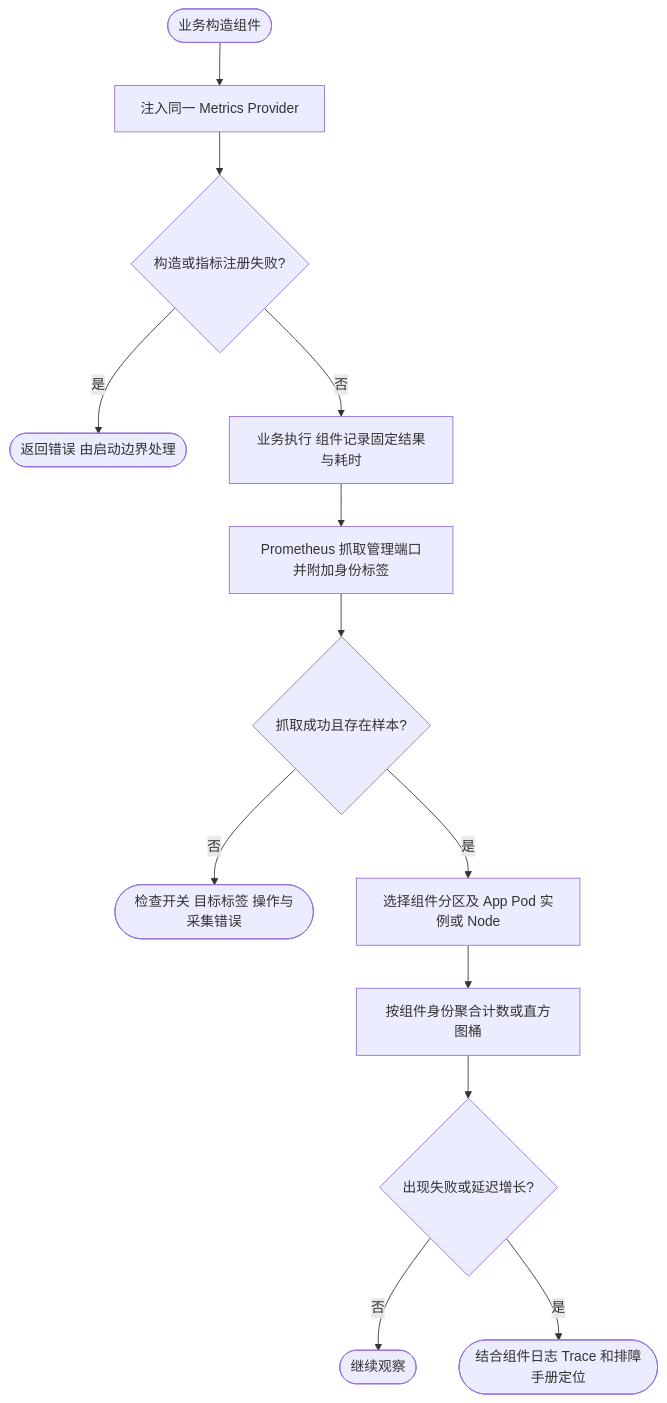
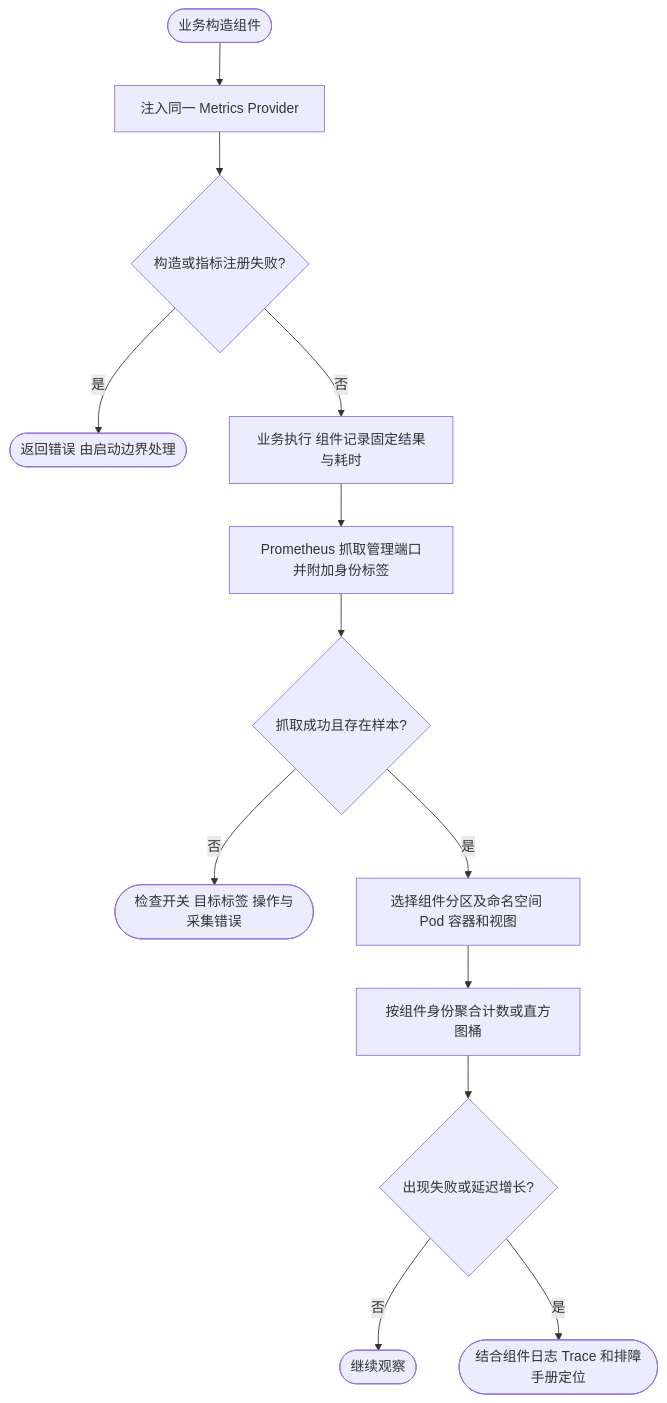
One commit to jaggerzhuang1994/kratos-foundation changed the diagram in deploy/observability/docs/components.md. Above: the diagram before and after it, drawn with Mermaid. The commit also changed other lines of this file and 14 other files, not shown here.

````diff
--- a/deploy/observability/docs/components.md
+++ b/deploy/observability/docs/components.md
@@ -31,15 +31,15 @@
 ```mermaid
 flowchart TD
     A([业务构造组件]) --> B[注入同一 Metrics Provider]
     B --> C{构造或指标注册失败?}
     C -- 是 --> D([返回错误 由启动边界处理])
     C -- 否 --> E[业务执行 组件记录固定结果与耗时]
     E --> F[Prometheus 抓取管理端口并附加身份标签]
     F --> G{抓取成功且存在样本?}
     G -- 否 --> H([检查开关 目标标签 操作与采集错误])
-    G -- 是 --> I[选择组件分区及 App Pod 实例或 Node]
+    G -- 是 --> I[选择组件分区及命名空间 Pod 容器和视图]
     I --> J[按组件身份聚合计数或直方图桶]
     J --> K{出现失败或延迟增长?}
     K -- 否 --> L([继续观察])
     K -- 是 --> M([结合组件日志 Trace 和排障手册定位])
 ```
````
